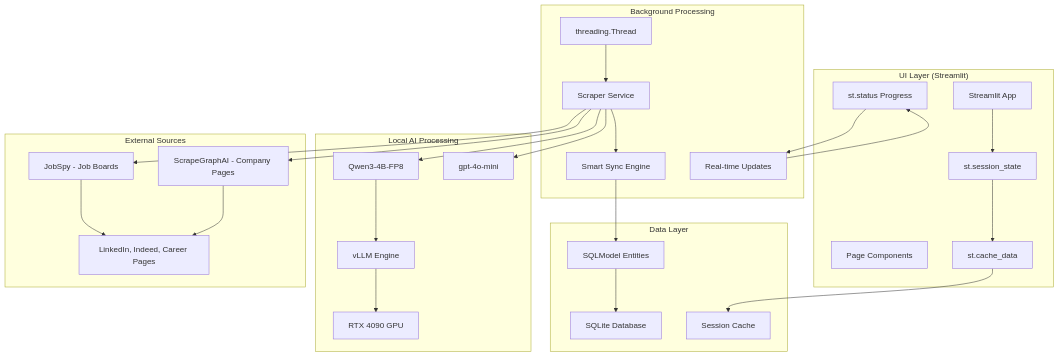
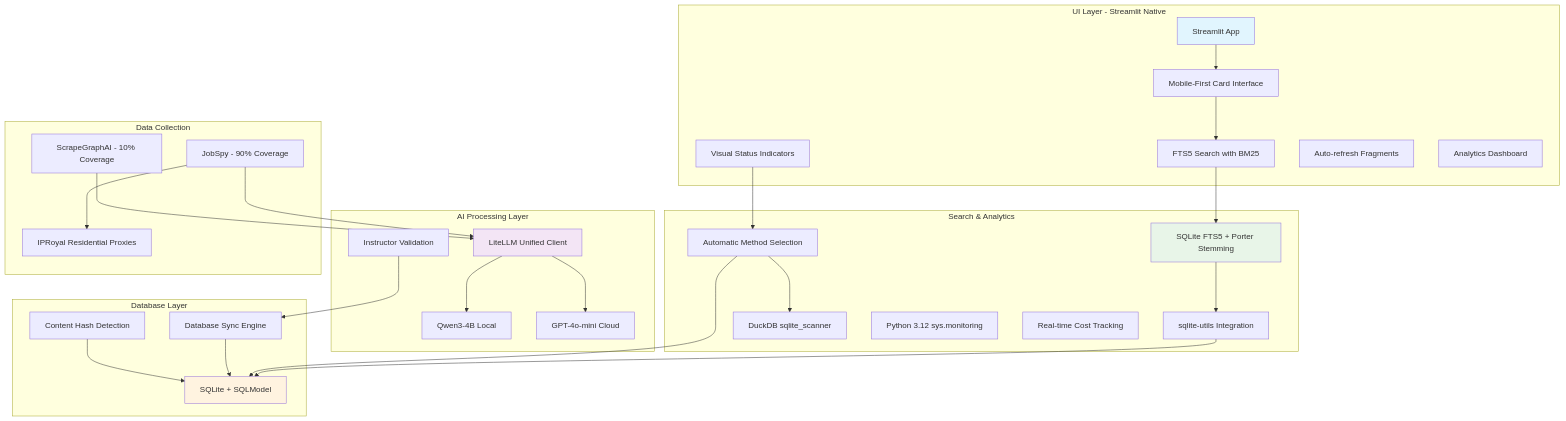
One commit to BjornMelin/ai-job-scraper changed the diagram in README.md. Above: the diagram before and after it, drawn with Mermaid. The commit also changed other lines of this file and 4 other files, not shown here.

First line of the commit message:
docs: update README and PRD for enhanced features and architecture

````diff
--- a/README.md
+++ b/README.md
@@ -42,58 +61,66 @@
 ```mermaid
 graph TD
-    subgraph "UI Layer (Streamlit)"
+    subgraph "UI Layer - Streamlit Native"
         UI_APP[Streamlit App]
-        UI_PAGES[Page Components]
-        UI_STATE[st.session_state]
-        UI_CACHE[st.cache_data]
-        UI_STATUS[st.status Progress]
+        UI_CARDS[Mobile-First Card Interface]
+        UI_SEARCH[FTS5 Search with BM25]
+        UI_STATUS[Visual Status Indicators]
+        UI_FRAGMENTS[Auto-refresh Fragments]
+        UI_ANALYTICS[Analytics Dashboard]
     end
     
-    subgraph "Background Processing"
-        BG_THREAD[threading.Thread]
-        BG_SCRAPER[Scraper Service]
-        BG_SYNC[Smart Sync Engine]
-        BG_PROGRESS[Real-time Updates]
+    subgraph "Search & Analytics"
+        SEARCH_FTS5[SQLite FTS5 + Porter Stemming]
+        SEARCH_UTILS[sqlite-utils Integration]
+        ANALYTICS_SMART[Automatic Method Selection]
+        ANALYTICS_DUCK[DuckDB sqlite_scanner]
+        ANALYTICS_MONITOR[Python 3.12 sys.monitoring]
+        ANALYTICS_COST[Real-time Cost Tracking]
     end
     
-    subgraph "Local AI Processing"
-        LLM_LOCAL[Qwen3-4B-FP8]
-        LLM_VLLM[vLLM Engine]
-        LLM_GPU[RTX 4090 GPU]
-        LLM_FALLBACK[gpt-4o-mini]
+    subgraph "AI Processing Layer"
+        AI_LITELLM[LiteLLM Unified Client]
+        AI_LOCAL[Qwen3-4B Local]
+        AI_CLOUD[GPT-4o-mini Cloud]
+        AI_INSTRUCTOR[Instructor Validation]
     end
     
-    subgraph "Data Layer"
-        DB_SQLITE[SQLite Database]
-        DB_MODELS[SQLModel Entities]
-        DB_CACHE[Session Cache]
+    subgraph "Data Collection"
+        SCRAPE_JOBSPY[JobSpy - 90% Coverage]
+        SCRAPE_AI[ScrapeGraphAI - 10% Coverage]
+        PROXY_IPROYAL[IPRoyal Residential Proxies]
     end
     
-    subgraph "External Sources"
-        EXT_JOBSPY[JobSpy - Job Boards]
-        EXT_SCRAPE[ScrapeGraphAI - Company Pages]
-        EXT_SITES[LinkedIn, Indeed, Career Pages]
+    subgraph "Database Layer"
+        DB_SQLITE[SQLite + SQLModel]
+        DB_SYNC[Database Sync Engine]
+        DB_CACHE[Content Hash Detection]
     end
     
-    UI_APP --> UI_STATE
-    UI_STATE --> UI_CACHE
-    UI_STATUS --> BG_PROGRESS
+    UI_APP --> UI_CARDS
+    UI_CARDS --> UI_SEARCH
+    UI_SEARCH --> SEARCH_FTS5
+    UI_STATUS --> ANALYTICS_SMART
     
-    BG_THREAD --> BG_SCRAPER
-    BG_SCRAPER --> BG_SYNC
-    BG_PROGRESS --> UI_STATUS
+    SEARCH_FTS5 --> SEARCH_UTILS
+    SEARCH_UTILS --> DB_SQLITE
     
-    BG_SCRAPER --> LLM_LOCAL
-    LLM_LOCAL --> LLM_VLLM
-    LLM_VLLM --> LLM_GPU
-    BG_SCRAPER --> LLM_FALLBACK
+    ANALYTICS_SMART --> DB_SQLITE
+    ANALYTICS_SMART --> ANALYTICS_DUCK
     
-    BG_SYNC --> DB_MODELS
-    DB_MODELS --> DB_SQLITE
-    UI_CACHE --> DB_CACHE
+    SCRAPE_JOBSPY --> AI_LITELLM
+    SCRAPE_AI --> AI_LITELLM
+    AI_LITELLM --> AI_LOCAL
+    AI_LITELLM --> AI_CLOUD
+    AI_INSTRUCTOR --> DB_SYNC
     
-    BG_SCRAPER --> EXT_JOBSPY
-    BG_SCRAPER --> EXT_SCRAPE
-    EXT_JOBSPY --> EXT_SITES
-    EXT_SCRAPE --> EXT_SITES
+    DB_SYNC --> DB_SQLITE
+    DB_CACHE --> DB_SQLITE
+    
+    SCRAPE_JOBSPY --> PROXY_IPROYAL
+    
+    style UI_APP fill:#e1f5fe
+    style SEARCH_FTS5 fill:#e8f5e8
+    style AI_LITELLM fill:#f3e5f5
+    style DB_SQLITE fill:#fff3e0
 ```
````
